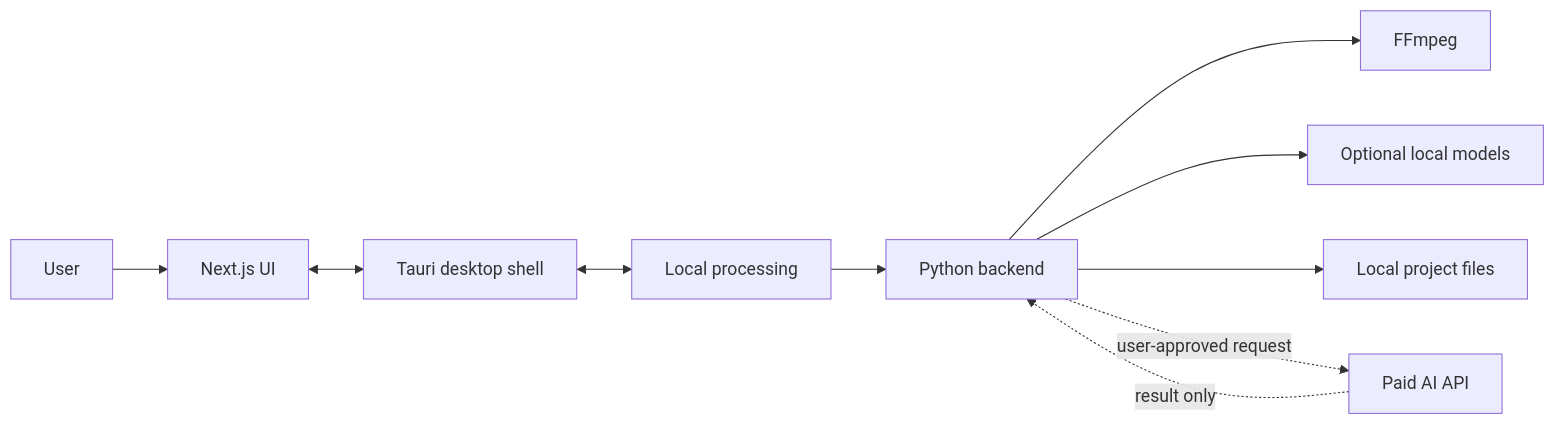
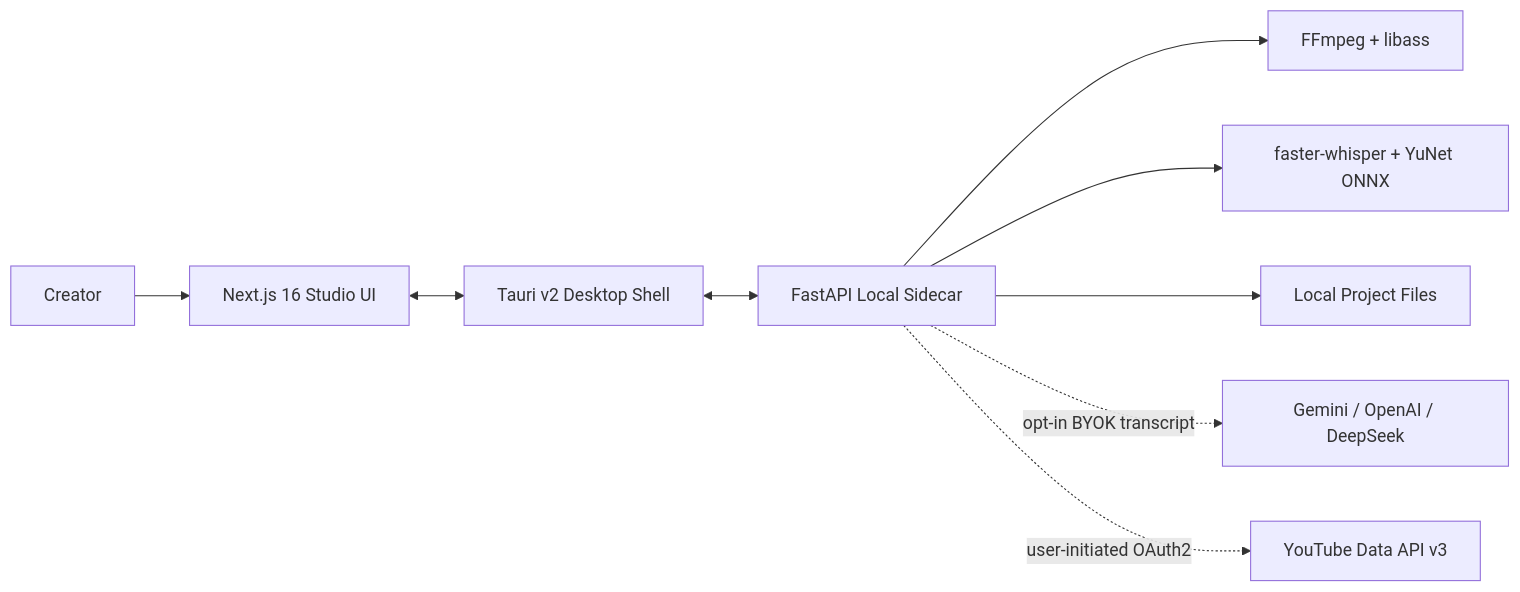
The first of 2 diagrams in README.md (abdullohtariq/ClipRobin), drawn with Mermaid before and after one commit. The commit also changed other lines of this file and 60 other files, not shown here.

````diff
--- a/README.md
+++ b/README.md
@@ -28,12 +28,11 @@
 ```mermaid
 flowchart LR
-	User[User] --> UI[Next.js UI]
-	UI <--> Desktop[Tauri desktop shell]
-	Desktop <--> Local[Local processing]
-	Local --> Python[Python backend]
-	Python --> FFmpeg[FFmpeg]
-	Python --> Models[Optional local models]
-	Python --> Files[Local project files]
-	Python -. user-approved request .-> API[Paid AI API]
-	API -. result only .-> Python
+	User[Creator] --> UI[Next.js 16 Studio UI]
+	UI <--> Desktop[Tauri v2 Desktop Shell]
+	Desktop <--> Python[FastAPI Local Sidecar]
+	Python --> FFmpeg[FFmpeg + libass]
+	Python --> Models[faster-whisper + YuNet ONNX]
+	Python --> Files[Local Project Files]
+	Python -. opt-in BYOK transcript .-> API[Gemini / OpenAI / DeepSeek]
+	Python -. user-initiated OAuth2 .-> YT[YouTube Data API v3]
 ```
````
